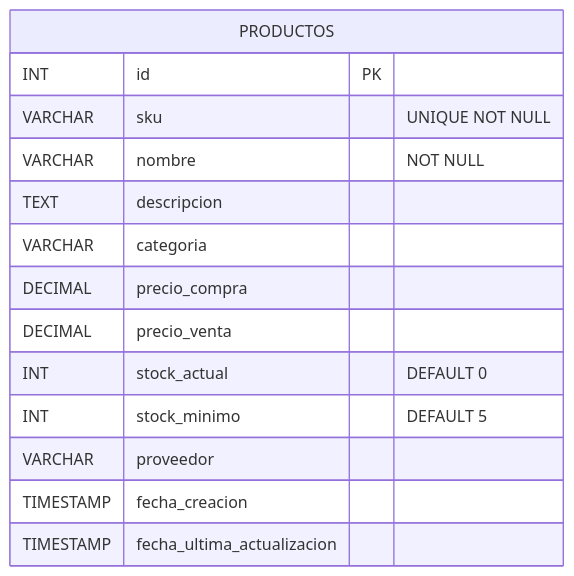
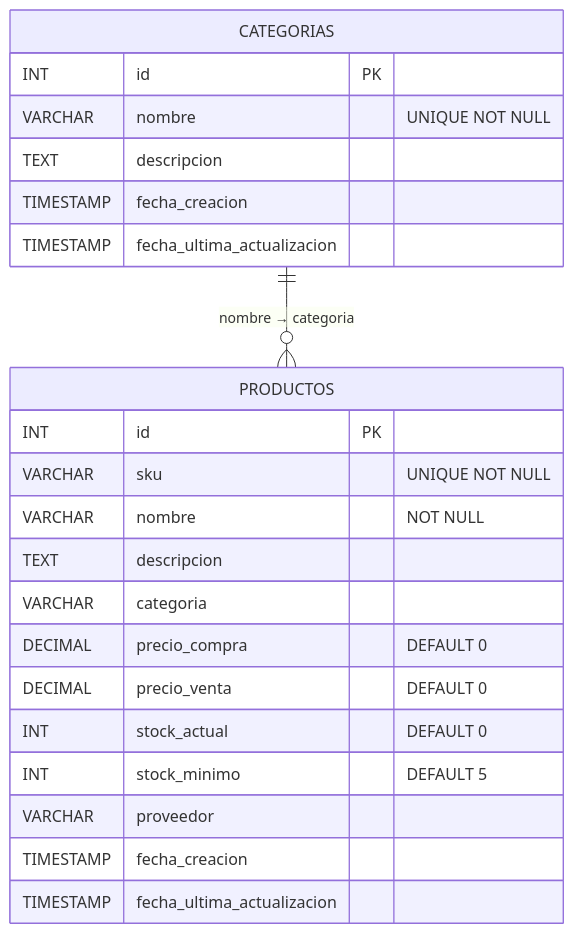
Before and after one commit to xBiltTom/mantenedor-productos-ds: the diagram in README.md, drawn with Mermaid. The commit also changed other lines of this file, not shown here.

Commit message:
Add actualizacion del readme

````diff
--- a/README.md
+++ b/README.md
@@ -65,17 +139,27 @@
 ```mermaid
 erDiagram
+  CATEGORIAS {
+    INT id PK
+    VARCHAR nombre "UNIQUE NOT NULL"
+    TEXT descripcion
+    TIMESTAMP fecha_creacion
+    TIMESTAMP fecha_ultima_actualizacion
+  }
+
   PRODUCTOS {
     INT id PK
     VARCHAR sku "UNIQUE NOT NULL"
     VARCHAR nombre "NOT NULL"
     TEXT descripcion
     VARCHAR categoria
-    DECIMAL precio_compra
-    DECIMAL precio_venta
+    DECIMAL precio_compra "DEFAULT 0"
+    DECIMAL precio_venta "DEFAULT 0"
     INT stock_actual "DEFAULT 0"
     INT stock_minimo "DEFAULT 5"
     VARCHAR proveedor
     TIMESTAMP fecha_creacion
     TIMESTAMP fecha_ultima_actualizacion
   }
+
+  CATEGORIAS ||--o{ PRODUCTOS : "nombre → categoria"
 ```
````
